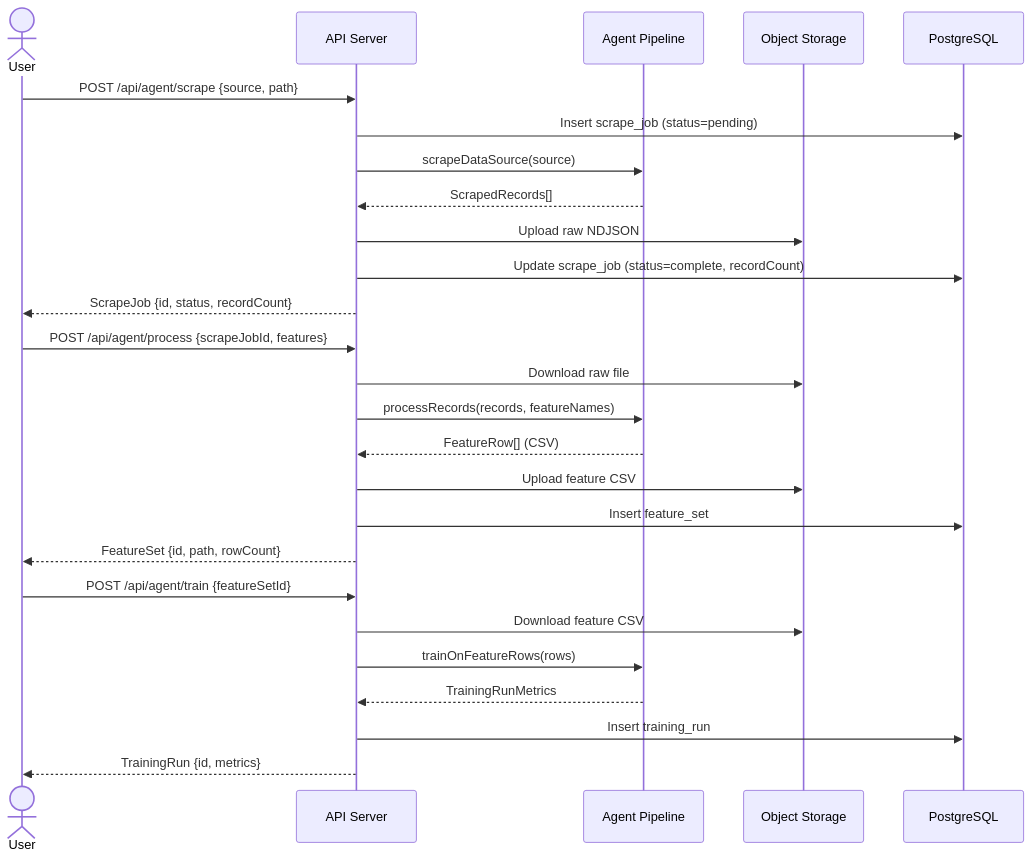
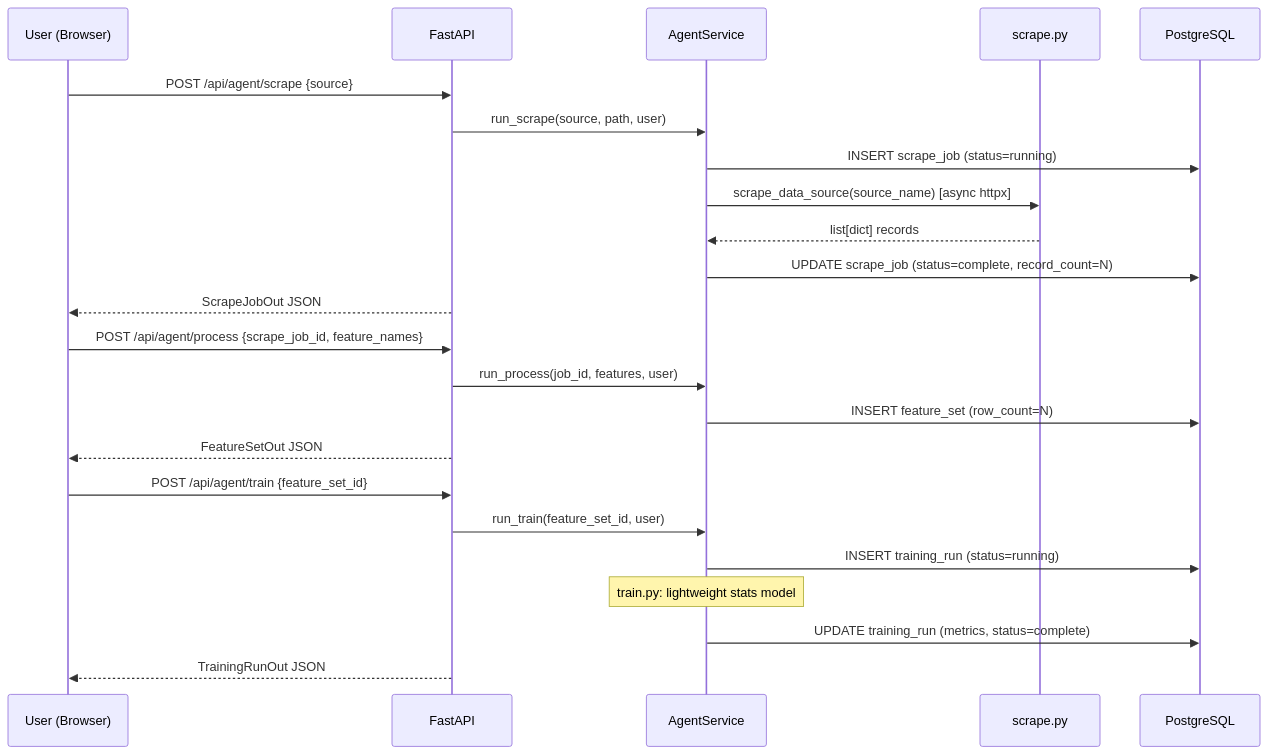
The third of 6 diagrams in docs/architecture.md (itkdaniel/portfolio-project), drawn with Mermaid before and after one commit. The commit also changed other lines of this file and 77 other files, not shown here.

First line of the commit message:
feat(backend): migrate to Python 3.12 FastAPI — v2.0.0

````diff
--- a/docs/architecture.md
+++ b/docs/architecture.md
@@ -91,31 +97,28 @@
 ```mermaid
 sequenceDiagram
-    actor User
-    participant API as API Server
-    participant Pipeline as Agent Pipeline
-    participant Storage as Object Storage
+    participant U as User (Browser)
+    participant A as FastAPI
+    participant S as AgentService
+    participant Sc as scrape.py
     participant DB as PostgreSQL
 
-    User->>API: POST /api/agent/scrape {source, path}
-    API->>DB: Insert scrape_job (status=pending)
-    API->>Pipeline: scrapeDataSource(source)
-    Pipeline-->>API: ScrapedRecords[]
-    API->>Storage: Upload raw NDJSON
-    API->>DB: Update scrape_job (status=complete, recordCount)
-    API-->>User: ScrapeJob {id, status, recordCount}
+    U->>A: POST /api/agent/scrape {source}
+    A->>S: run_scrape(source, path, user)
+    S->>DB: INSERT scrape_job (status=running)
+    S->>Sc: scrape_data_source(source_name) [async httpx]
+    Sc-->>S: list[dict] records
+    S->>DB: UPDATE scrape_job (status=complete, record_count=N)
+    A-->>U: ScrapeJobOut JSON
 
-    User->>API: POST /api/agent/process {scrapeJobId, features}
-    API->>Storage: Download raw file
-    API->>Pipeline: processRecords(records, featureNames)
-    Pipeline-->>API: FeatureRow[] (CSV)
-    API->>Storage: Upload feature CSV
-    API->>DB: Insert feature_set
-    API-->>User: FeatureSet {id, path, rowCount}
+    U->>A: POST /api/agent/process {scrape_job_id, feature_names}
+    A->>S: run_process(job_id, features, user)
+    S->>DB: INSERT feature_set (row_count=N)
+    A-->>U: FeatureSetOut JSON
 
-    User->>API: POST /api/agent/train {featureSetId}
-    API->>Storage: Download feature CSV
-    API->>Pipeline: trainOnFeatureRows(rows)
-    Pipeline-->>API: TrainingRunMetrics
-    API->>DB: Insert training_run
-    API-->>User: TrainingRun {id, metrics}
+    U->>A: POST /api/agent/train {feature_set_id}
+    A->>S: run_train(feature_set_id, user)
+    S->>DB: INSERT training_run (status=running)
+    Note over S: train.py: lightweight stats model
+    S->>DB: UPDATE training_run (metrics, status=complete)
+    A-->>U: TrainingRunOut JSON
 ```
````
